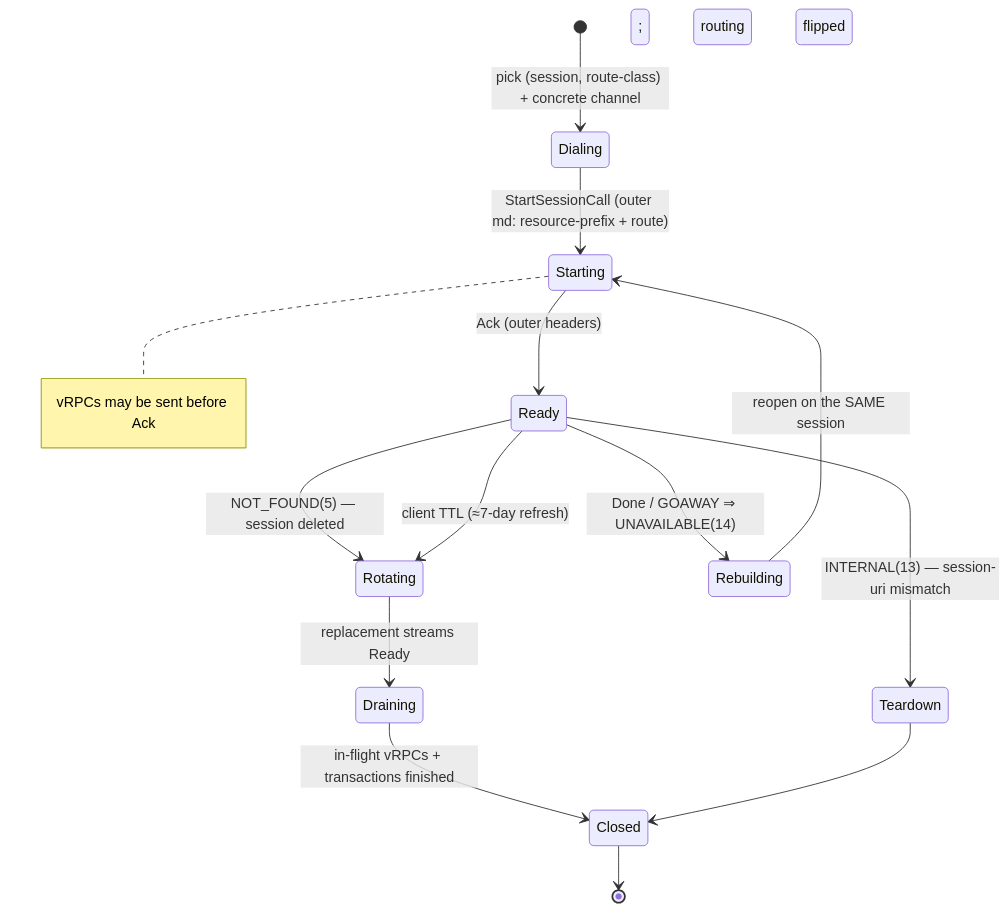
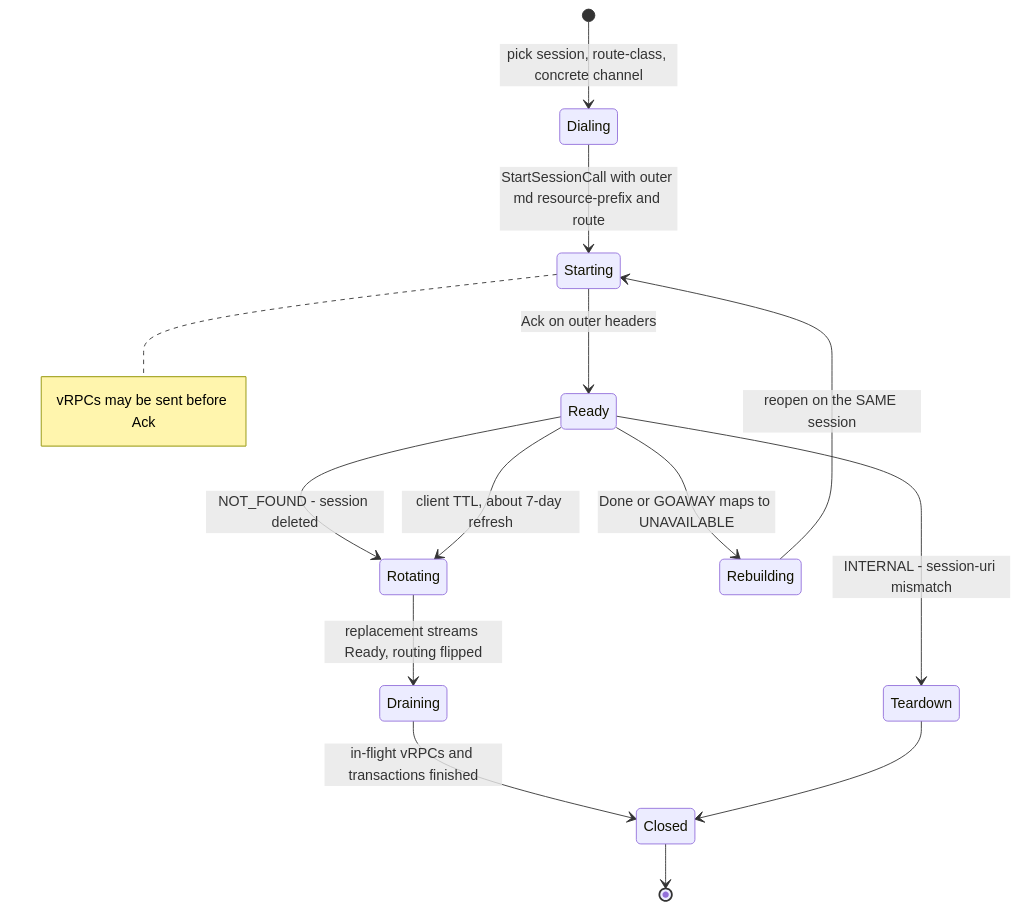
One commit to rahul2393/google-cloud-go changed the third of 4 diagrams in spanner/internal/vrpcpoc/DESIGN.md. Above: the diagram before and after it, drawn with Mermaid. The commit also changed other lines of this file, not shown here.

Commit message:
spanner: sanitize mermaid diagrams for strict renderers (arrows, unicode, labels)

````diff
--- a/spanner/internal/vrpcpoc/DESIGN.md
+++ b/spanner/internal/vrpcpoc/DESIGN.md
@@ -320,16 +320,16 @@
 ```mermaid
 stateDiagram-v2
-    [*] --> Dialing: pick (session, route-class) + concrete channel
-    Dialing --> Starting: StartSessionCall (outer md: resource-prefix + route)
-    Starting --> Ready: Ack (outer headers)
+    [*] --> Dialing: pick session, route-class, concrete channel
+    Dialing --> Starting: StartSessionCall with outer md resource-prefix and route
+    Starting --> Ready: Ack on outer headers
     note right of Starting: vRPCs may be sent before Ack
-    Ready --> Rotating: NOT_FOUND(5) — session deleted
-    Ready --> Rebuilding: Done / GOAWAY ⇒ UNAVAILABLE(14)
-    Ready --> Teardown: INTERNAL(13) — session-uri mismatch
-    Ready --> Rotating: client TTL (≈7-day refresh)
-    Rotating --> Draining: replacement streams Ready; routing flipped
-    Draining --> Closed: in-flight vRPCs + transactions finished
+    Ready --> Rotating: NOT_FOUND - session deleted
+    Ready --> Rebuilding: Done or GOAWAY maps to UNAVAILABLE
+    Ready --> Teardown: INTERNAL - session-uri mismatch
+    Ready --> Rotating: client TTL, about 7-day refresh
+    Rotating --> Draining: replacement streams Ready, routing flipped
+    Draining --> Closed: in-flight vRPCs and transactions finished
     Rebuilding --> Starting: reopen on the SAME session
     Teardown --> Closed
     Closed --> [*]
 ```
````
